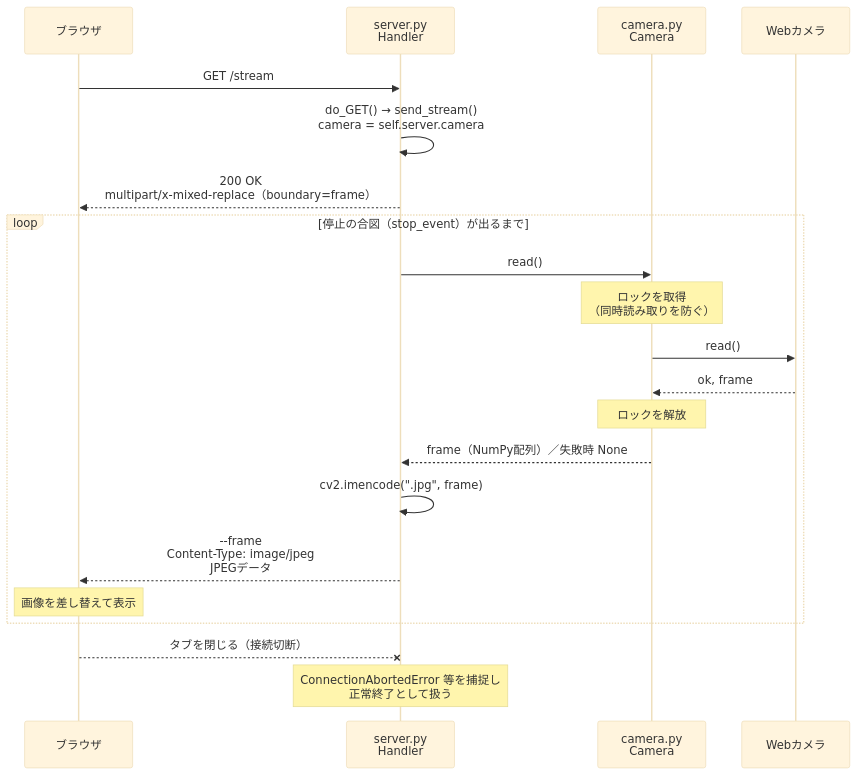
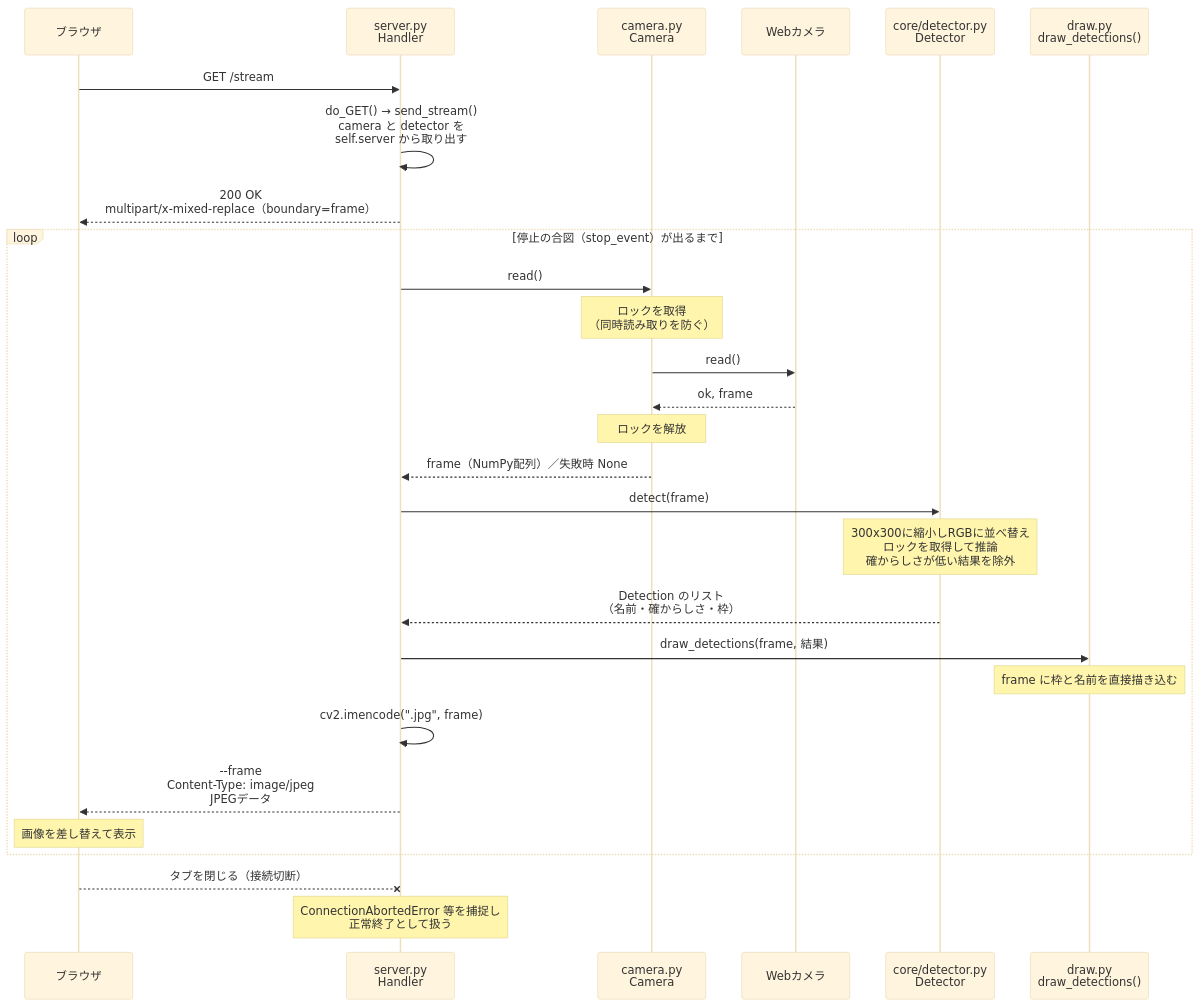
The third of 4 diagrams in local/EXPLANATION.md (shinonome404/webcam-vision), drawn with Mermaid (base theme) before and after one commit. The commit also changed other lines of this file and 3 other files, not shown here.

Commit message:
README.mdの内容を更新し、物体判定の進捗を反映。detector.pyにスレッドセーフなロックを追加し、detectメソッドの処理を改善。EXPLANATION.mdに新しいファイルの役割を追加し、server.pyで物体検出機能を統合。

````diff
--- a/local/EXPLANATION.md
+++ b/local/EXPLANATION.md
@@ -66,26 +84,33 @@
 ```mermaid
 sequenceDiagram
     participant B as ブラウザ
     participant H as server.py<br/>Handler
     participant Cam as camera.py<br/>Camera
     participant Dev as Webカメラ
+    participant Det as core/detector.py<br/>Detector
+    participant Draw as draw.py<br/>draw_detections()
 
     B->>H: GET /stream
-    H->>H: do_GET() → send_stream()<br/>camera = self.server.camera
+    H->>H: do_GET() → send_stream()<br/>camera と detector を<br/>self.server から取り出す
     H-->>B: 200 OK<br/>multipart/x-mixed-replace（boundary=frame）
 
     loop 停止の合図（stop_event）が出るまで
         H->>Cam: read()
         Note over Cam: ロックを取得<br/>（同時読み取りを防ぐ）
         Cam->>Dev: read()
         Dev-->>Cam: ok, frame
         Note over Cam: ロックを解放
         Cam-->>H: frame（NumPy配列）／失敗時 None
+        H->>Det: detect(frame)
+        Note over Det: 300x300に縮小しRGBに並べ替え<br/>ロックを取得して推論<br/>確からしさが低い結果を除外
+        Det-->>H: Detection のリスト<br/>（名前・確からしさ・枠）
+        H->>Draw: draw_detections(frame, 結果)
+        Note over Draw: frame に枠と名前を直接描き込む
         H->>H: cv2.imencode(".jpg", frame)
         H-->>B: --frame<br/>Content-Type: image/jpeg<br/>JPEGデータ
         Note over B: 画像を差し替えて表示
     end
 
     B--xH: タブを閉じる（接続切断）
     Note over H: ConnectionAbortedError 等を捕捉し<br/>正常終了として扱う
 ```
````
